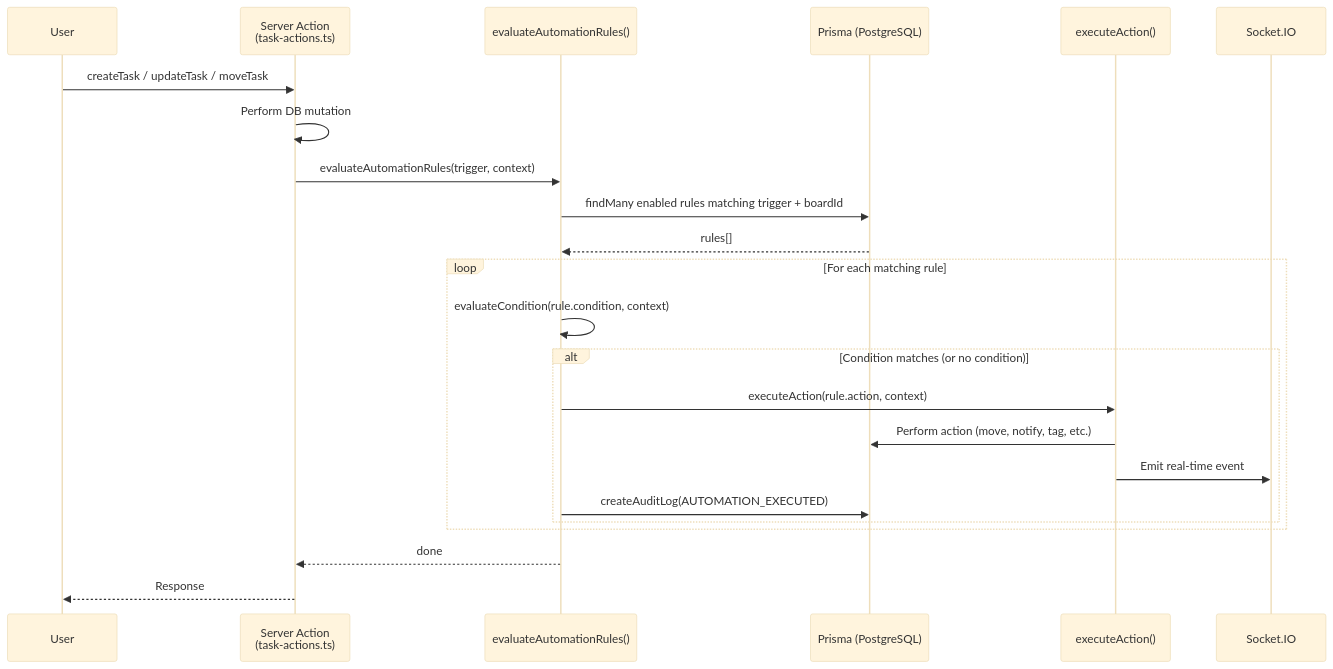
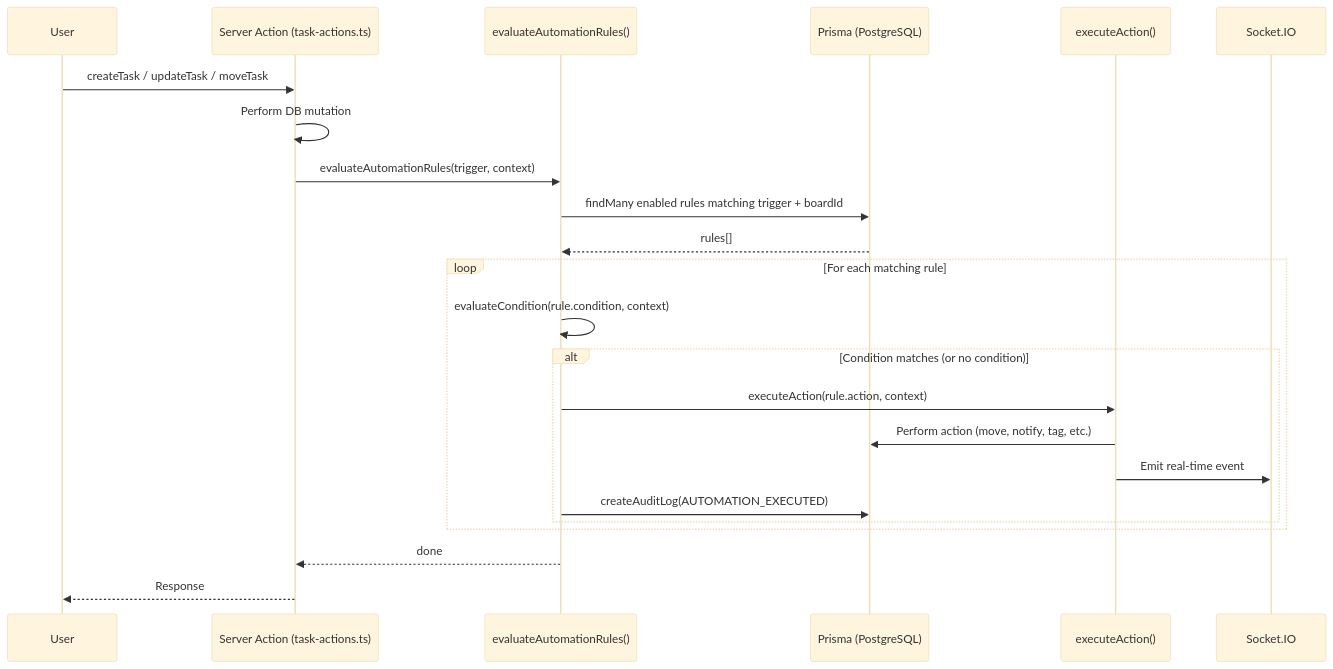
One commit to asefahmed500/Smart-Task-App_IIT_DU_Final_Project changed the first of 4 diagrams in docs/10-automation-engine.md. Above: the diagram before and after it, drawn with Mermaid (base theme). The commit also changed other lines of this file and 8 other files, not shown here.

Commit message:
fix: remove br tags from mermaid diagrams for GitHub rendering

````diff
--- a/docs/10-automation-engine.md
+++ b/docs/10-automation-engine.md
@@ -29,28 +29,28 @@
 ```mermaid
 sequenceDiagram
     participant User
-    participant ServerAction as Server Action<br/>(task-actions.ts)
+    participant ServerAction as Server Action (task-actions.ts)
     participant Engine as evaluateAutomationRules()
     participant DB as Prisma (PostgreSQL)
     participant Executor as executeAction()
     participant Socket as Socket.IO
 
     User->>ServerAction: createTask / updateTask / moveTask
     ServerAction->>ServerAction: Perform DB mutation
     ServerAction->>Engine: evaluateAutomationRules(trigger, context)
     Engine->>DB: findMany enabled rules matching trigger + boardId
     DB-->>Engine: rules[]
     
     loop For each matching rule
         Engine->>Engine: evaluateCondition(rule.condition, context)
         alt Condition matches (or no condition)
             Engine->>Executor: executeAction(rule.action, context)
             Executor->>DB: Perform action (move, notify, tag, etc.)
             Executor->>Socket: Emit real-time event
             Engine->>DB: createAuditLog(AUTOMATION_EXECUTED)
         end
     end
     
     Engine-->>ServerAction: done
     ServerAction-->>User: Response
 ```
````
